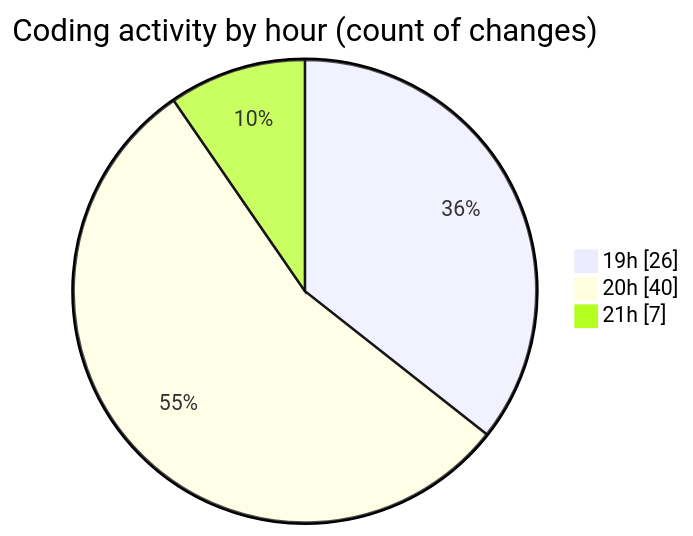
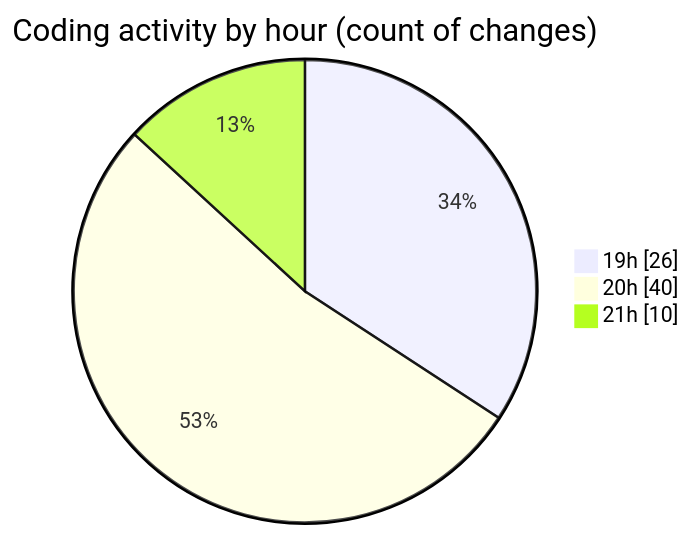
The second of 2 diagrams in 2025-08-24/javascript/README.md (Ritupan-Deka/code-tracking), drawn with Mermaid before and after one commit. The commit also changed other lines of this file and 1 other file, not shown here.

````diff
--- a/2025-08-24/javascript/README.md
+++ b/2025-08-24/javascript/README.md
@@ -32,7 +32,7 @@
 ```mermaid
 pie showData
 title Coding activity by hour (count of changes)
 "19h" : 26
 "20h" : 40
-"21h" : 7
+"21h" : 10
 ```
````
